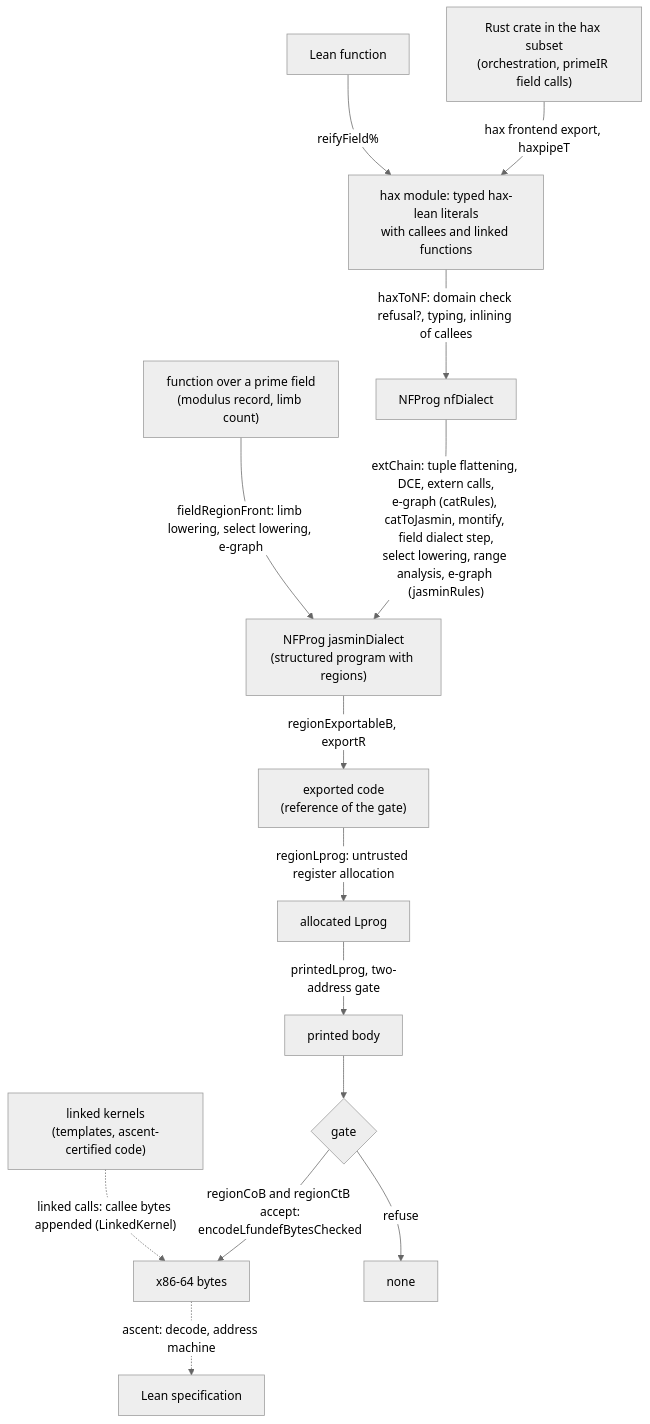
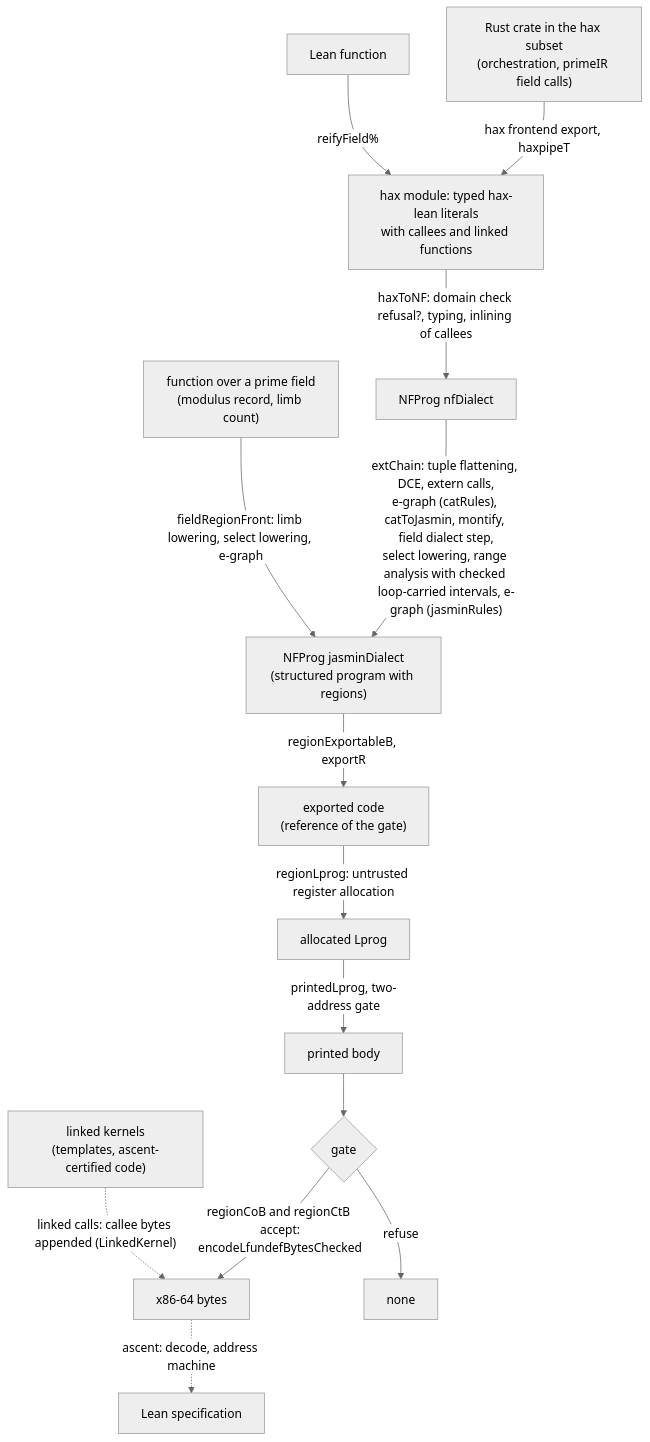
Before and after one commit to spitters/catcrypt-compiler: the diagram in PIPELINE.md, drawn with Mermaid (neutral theme). The commit also changed 20 other files, not shown here.

First line of the commit message:
extChain runs the range stage at checked loop-carried intervals, and jasminRules rewrites a multiply by 2^a - 1

````diff
--- a/PIPELINE.md
+++ b/PIPELINE.md
@@ -29,31 +29,31 @@
 ```mermaid
 flowchart TD
     RUST["Rust crate in the hax subset<br/>(orchestration, primeIR field calls)"]
     LEAN["Lean function"]
     TPL["function over a prime field<br/>(modulus record, limb count)"]
     MOD["hax module: typed hax-lean literals<br/>with callees and linked functions"]
     NF["NFProg nfDialect"]
     JNF["NFProg jasminDialect<br/>(structured program with regions)"]
     REF["exported code<br/>(reference of the gate)"]
     ALLOC["allocated Lprog"]
     PRINT["printed body"]
     GATE{"gate"}
     BYTES["x86-64 bytes"]
     NONE["none"]
     KERN["linked kernels<br/>(templates, ascent-certified code)"]
     SPEC["Lean specification"]
 
     RUST -->|"hax frontend export, haxpipeT"| MOD
     LEAN -->|"reifyField%"| MOD
     MOD -->|"haxToNF: domain check refusal?, typing, inlining of callees"| NF
-    NF -->|"extChain: tuple flattening, DCE, extern calls,<br/>e-graph (catRules), catToJasmin, montify, field dialect step,<br/>select lowering, range analysis, e-graph (jasminRules)"| JNF
+    NF -->|"extChain: tuple flattening, DCE, extern calls,<br/>e-graph (catRules), catToJasmin, montify, field dialect step,<br/>select lowering, range analysis with checked loop-carried intervals, e-graph (jasminRules)"| JNF
     TPL -->|"fieldRegionFront: limb lowering, select lowering, e-graph"| JNF
     JNF -->|"regionExportableB, exportR"| REF
     REF -->|"regionLprog: untrusted register allocation"| ALLOC
     ALLOC -->|"printedLprog, two-address gate"| PRINT
     PRINT --> GATE
     GATE -->|"regionCoB and regionCtB accept:<br/>encodeLfundefBytesChecked"| BYTES
     GATE -->|"refuse"| NONE
     KERN -.->|"linked calls: callee bytes appended (LinkedKernel)"| BYTES
     BYTES -.->|"ascent: decode, address machine"| SPEC
 ```
````
